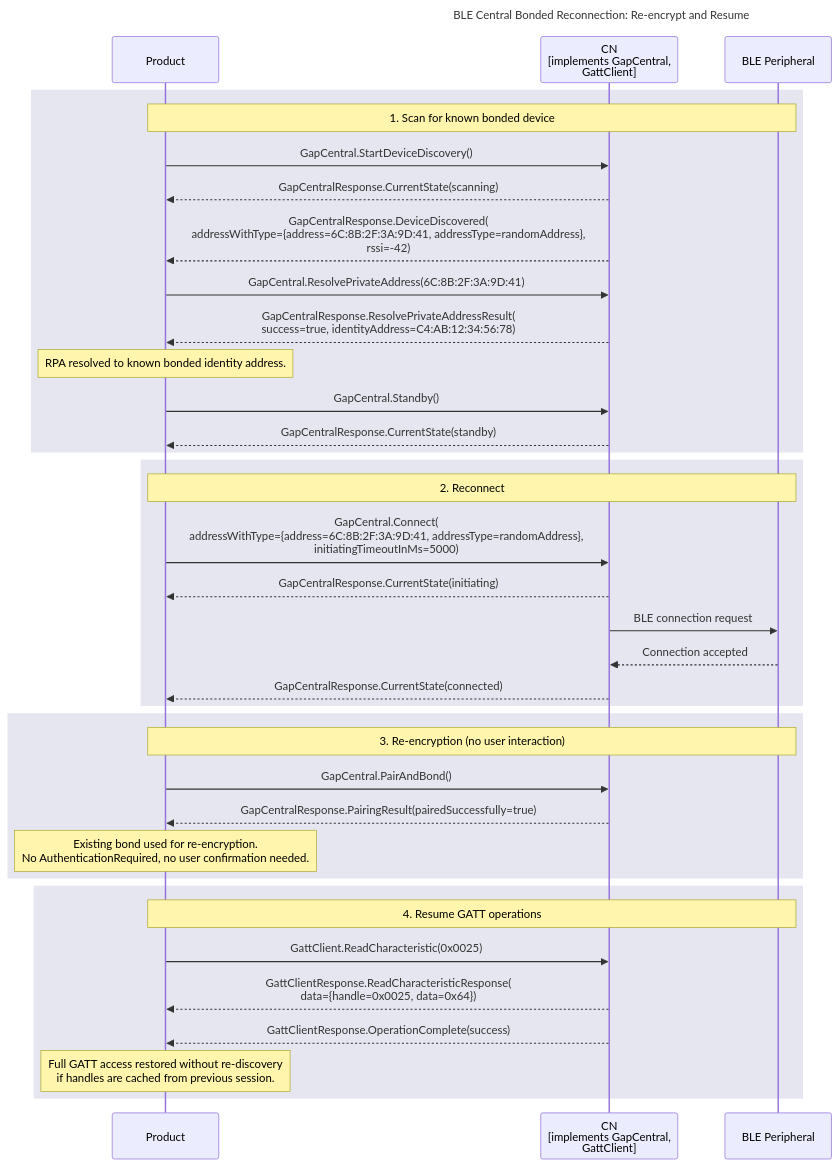
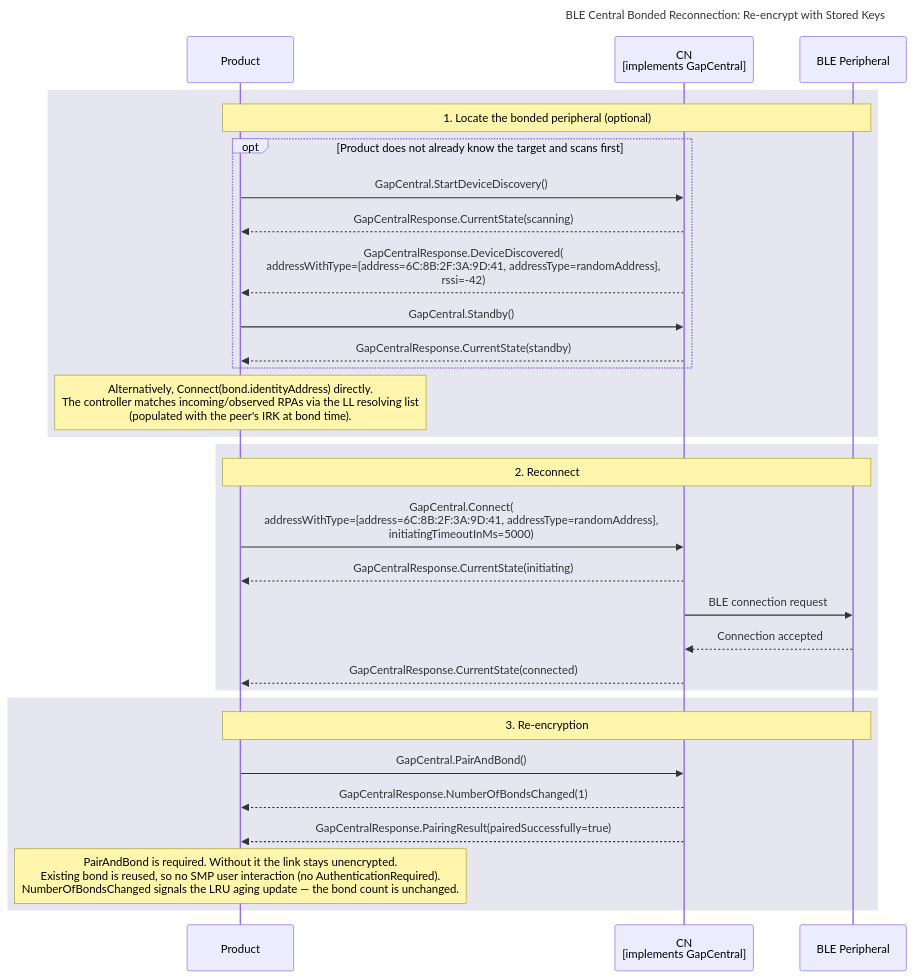
The diagram in documents/modules/ROOT/partials/echoservices/composite_flows/CentralRole_BondedReconnection_sequence.mmd (philips-software/amp-embedded-infra-lib), drawn with Mermaid before and after one commit. The commit also changed 1 other file, not shown here.

Commit message:
fix bonded reconnection diagram

```diff
--- a/documents/modules/ROOT/partials/echoservices/composite_flows/CentralRole_BondedReconnection_sequence.mmd
+++ b/documents/modules/ROOT/partials/echoservices/composite_flows/CentralRole_BondedReconnection_sequence.mmd
@@ -1,47 +1,37 @@
 sequenceDiagram
-    title BLE Central Bonded Reconnection: Re-encrypt and Resume
+    title BLE Central Bonded Reconnection: Re-encrypt with Stored Keys
 
     participant Product as Product
-    participant CN as CN<br>[implements GapCentral,<br>GattClient]
+    participant CN as CN<br>[implements GapCentral]
     participant Peripheral as BLE Peripheral
 
     rect rgb(230, 230, 240)
-        note over Product, Peripheral: 1. Scan for known bonded device
-        Product->>CN: GapCentral.StartDeviceDiscovery()
-        CN-->>Product: GapCentralResponse.CurrentState(scanning)
-        CN-->>Product: GapCentralResponse.DeviceDiscovered(<br>addressWithType={address=6C:8B:2F:3A:9D:41, addressType=randomAddress},<br>rssi=-42)
+        note over Product, Peripheral: 1. Locate the bonded peripheral (optional)
+        opt Product does not already know the target and scans first
+            Product->>CN: GapCentral.StartDeviceDiscovery()
+            CN-->>Product: GapCentralResponse.CurrentState(scanning)
+            CN-->>Product: GapCentralResponse.DeviceDiscovered(<br>addressWithType={address=6C:8B:2F:3A:9D:41, addressType=randomAddress},<br>rssi=-42)
+            Product->>CN: GapCentral.Standby()
+            CN-->>Product: GapCentralResponse.CurrentState(standby)
+        end
 
-        Product->>CN: GapCentral.ResolvePrivateAddress(6C:8B:2F:3A:9D:41)
-        CN-->>Product: GapCentralResponse.ResolvePrivateAddressResult(<br>success=true, identityAddress=C4:AB:12:34:56:78)
-
-        Note over Product: RPA resolved to known bonded identity address.
-
-        Product->>CN: GapCentral.Standby()
-        CN-->>Product: GapCentralResponse.CurrentState(standby)
+        Note over Product: Alternatively, Connect(bond.identityAddress) directly.<br>The controller matches incoming/observed RPAs via the LL resolving list<br>(populated with the peer's IRK at bond time).
     end
 
     rect rgb(230, 230, 240)
         note over Product, Peripheral: 2. Reconnect
         Product->>CN: GapCentral.Connect(<br>addressWithType={address=6C:8B:2F:3A:9D:41, addressType=randomAddress},<br>initiatingTimeoutInMs=5000)
         CN-->>Product: GapCentralResponse.CurrentState(initiating)
         CN->>Peripheral: BLE connection request
         Peripheral-->>CN: Connection accepted
         CN-->>Product: GapCentralResponse.CurrentState(connected)
     end
 
     rect rgb(230, 230, 240)
-        note over Product, Peripheral: 3. Re-encryption (no user interaction)
+        note over Product, Peripheral: 3. Re-encryption
         Product->>CN: GapCentral.PairAndBond()
+        CN-->>Product: GapCentralResponse.NumberOfBondsChanged(1)
         CN-->>Product: GapCentralResponse.PairingResult(pairedSuccessfully=true)
 
-        Note over Product: Existing bond used for re-encryption.<br>No AuthenticationRequired, no user confirmation needed.
+        Note over Product: PairAndBond is required. Without it the link stays unencrypted.<br>Existing bond is reused, so no SMP user interaction (no AuthenticationRequired).<br>NumberOfBondsChanged signals the LRU aging update — the bond count is unchanged.
     end
-
-    rect rgb(230, 230, 240)
-        note over Product, Peripheral: 4. Resume GATT operations
-        Product->>CN: GattClient.ReadCharacteristic(0x0025)
-        CN-->>Product: GattClientResponse.ReadCharacteristicResponse(<br>data={handle=0x0025, data=0x64})
-        CN-->>Product: GattClientResponse.OperationComplete(success)
-
-        Note over Product: Full GATT access restored without re-discovery<br>if handles are cached from previous session.
-    end
```
